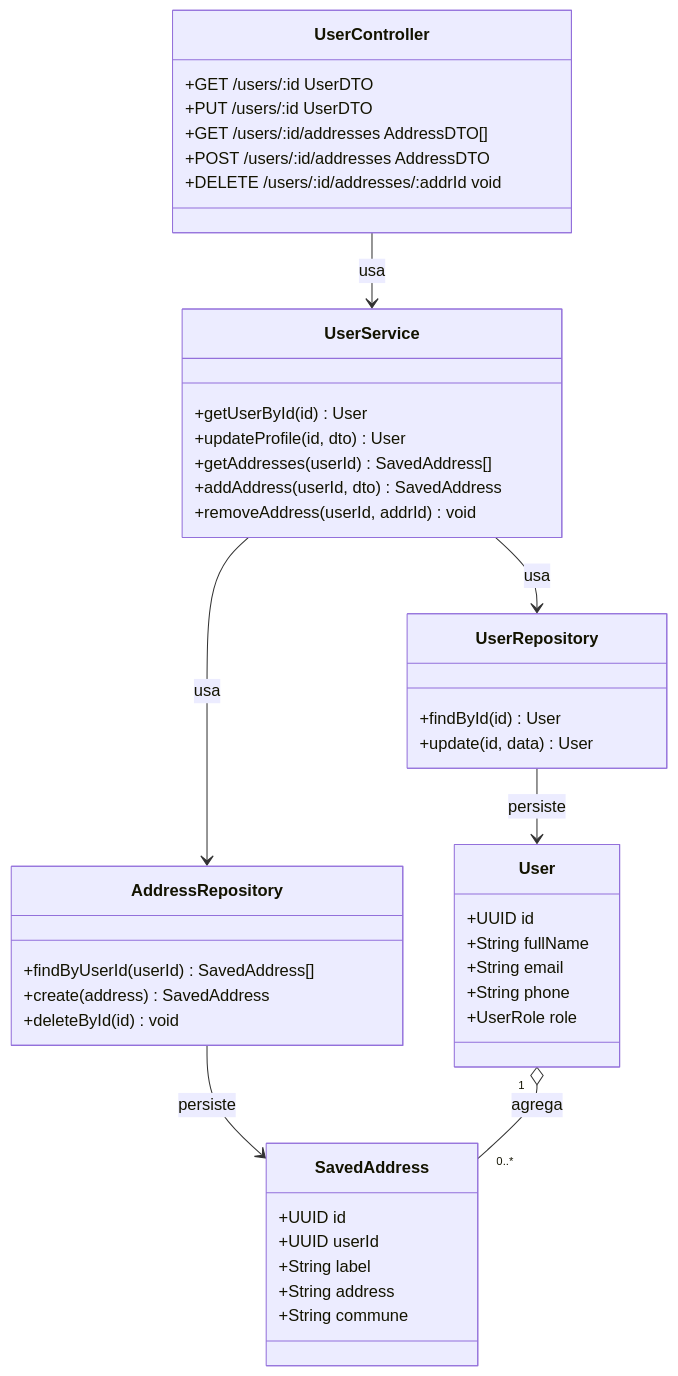
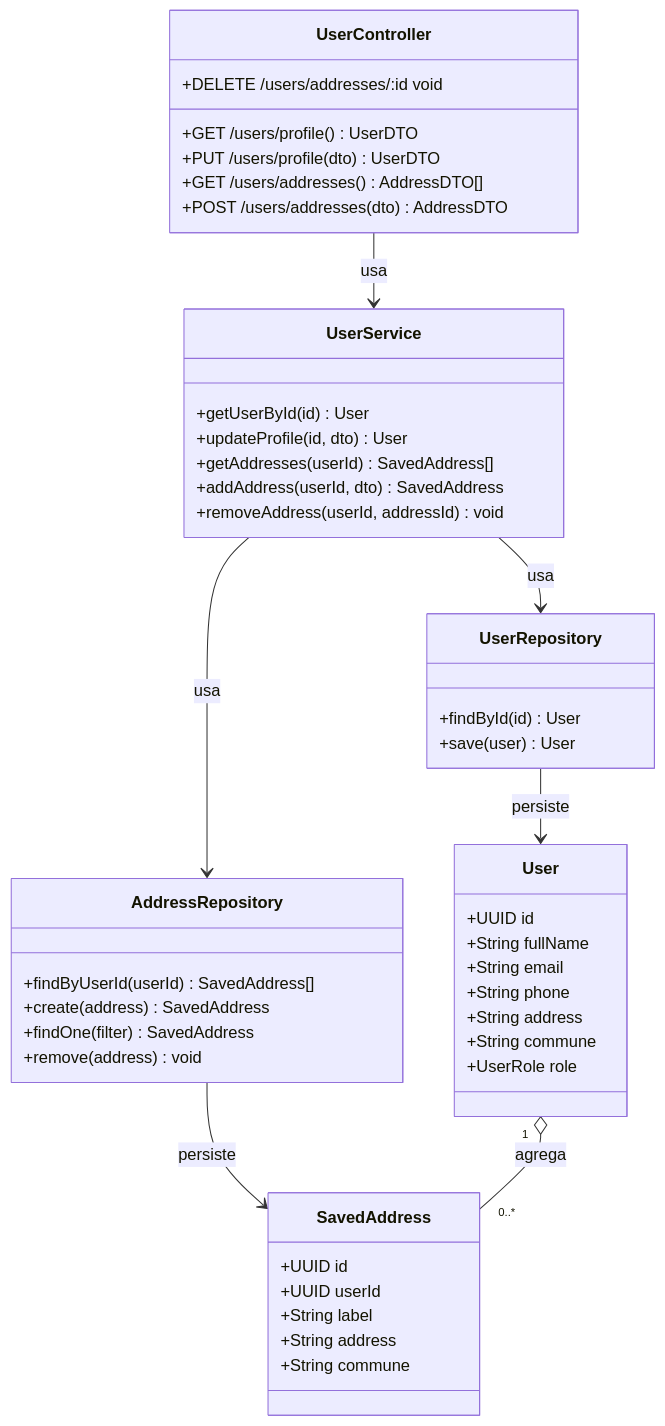
Before and after one commit to holyusm/INF-301-WWW: the fifth of 12 diagrams in BackEnd-Arquitectura.md, drawn with Mermaid. The commit also changed other lines of this file, not shown here.

````diff
--- a/BackEnd-Arquitectura.md
+++ b/BackEnd-Arquitectura.md
@@ -371,52 +378,55 @@
 ```mermaid
 classDiagram
     class UserController {
-        +GET /users/:id UserDTO
-        +PUT /users/:id UserDTO
-        +GET /users/:id/addresses AddressDTO[]
-        +POST /users/:id/addresses AddressDTO
-        +DELETE /users/:id/addresses/:addrId void
+        +GET /users/profile() UserDTO
+        +PUT /users/profile(dto) UserDTO
+        +GET /users/addresses() AddressDTO[]
+        +POST /users/addresses(dto) AddressDTO
+        +DELETE /users/addresses/:id void
     }
 
     class UserService {
         +getUserById(id) User
         +updateProfile(id, dto) User
         +getAddresses(userId) SavedAddress[]
         +addAddress(userId, dto) SavedAddress
-        +removeAddress(userId, addrId) void
+        +removeAddress(userId, addressId) void
     }
 
     class UserRepository {
         +findById(id) User
-        +update(id, data) User
+        +save(user) User
     }
 
     class AddressRepository {
         +findByUserId(userId) SavedAddress[]
         +create(address) SavedAddress
-        +deleteById(id) void
+        +findOne(filter) SavedAddress
+        +remove(address) void
     }
 
     class User {
         +UUID id
         +String fullName
         +String email
         +String phone
+        +String address
+        +String commune
         +UserRole role
     }
 
     class SavedAddress {
         +UUID id
         +UUID userId
         +String label
         +String address
         +String commune
     }
 
     UserController --> UserService : usa
     UserService --> UserRepository : usa
     UserService --> AddressRepository : usa
     UserRepository --> User : persiste
     AddressRepository --> SavedAddress : persiste
     User "1" o-- "0..*" SavedAddress : agrega
 ```
````
